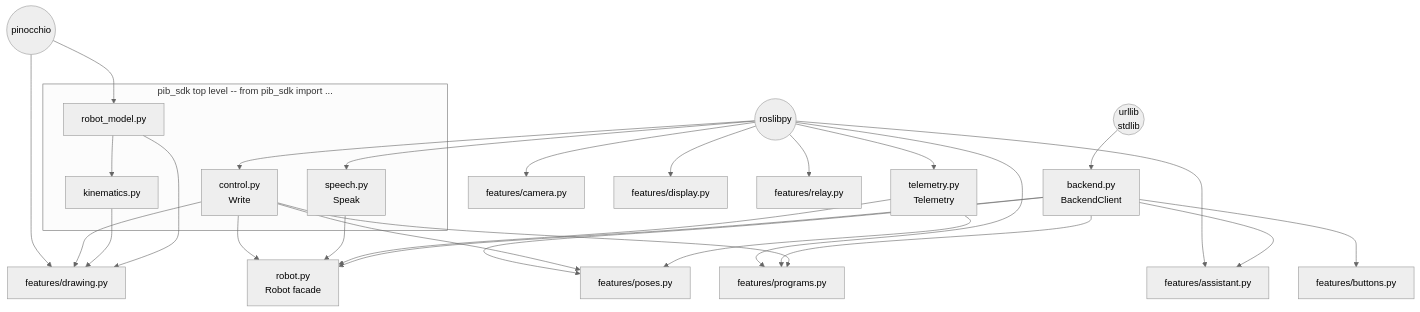
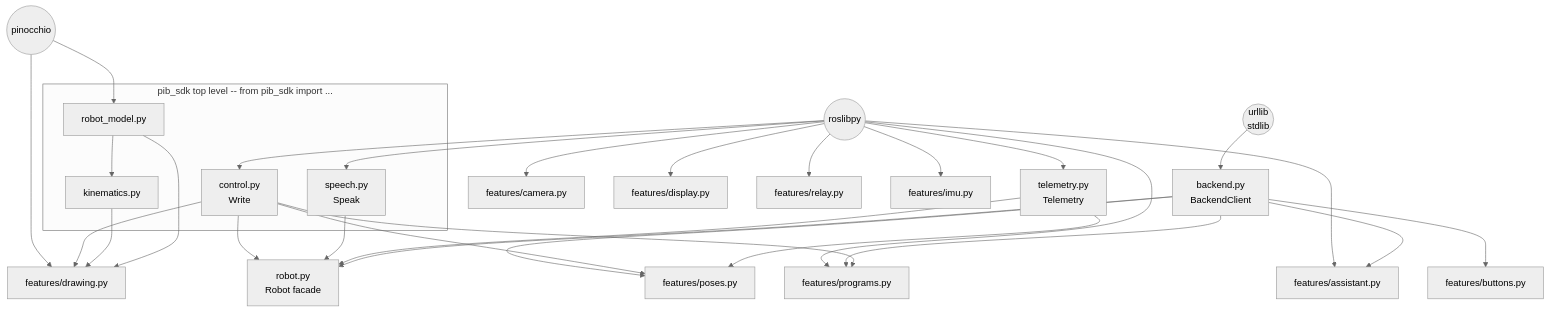
The third of 11 diagrams in docs/ARCHITECTURE.md (pib-rocks/pib-sdk), drawn with Mermaid (neutral theme) before and after one commit. The commit also changed other lines of this file and 7 other files, not shown here.

````diff
--- a/docs/ARCHITECTURE.md
+++ b/docs/ARCHITECTURE.md
@@ -169,48 +170,49 @@
 ```mermaid
 flowchart TD
     pin(("pinocchio"))
     rlp(("roslibpy"))
     stdlib(("urllib\nstdlib"))
 
     pin --> robot_model["robot_model.py"]
     robot_model --> kinematics["kinematics.py"]
 
     rlp --> control["control.py\nWrite"]
     rlp --> speech["speech.py\nSpeak"]
     rlp --> telemetry["telemetry.py\nTelemetry"]
     stdlib --> backend["backend.py\nBackendClient"]
 
     control --> robotfacade["robot.py\nRobot facade"]
     speech --> robotfacade
     telemetry --> robotfacade
     backend --> robotfacade
 
     pin --> drawing["features/drawing.py"]
     control --> drawing
     kinematics --> drawing
     robot_model --> drawing
 
     backend --> poses["features/poses.py"]
     control --> poses
     telemetry --> poses
 
     rlp --> programs["features/programs.py"]
     backend --> programs
     control --> programs
 
     backend --> buttons["features/buttons.py"]
 
     rlp --> assistant["features/assistant.py"]
     backend --> assistant
 
     rlp --> camera["features/camera.py"]
     rlp --> display["features/display.py"]
     rlp --> relay["features/relay.py"]
+    rlp --> imu["features/imu.py"]
 
     subgraph TOP["pib_sdk top level -- from pib_sdk import ..."]
         control
         kinematics
         robot_model
         speech
     end
 ```
````
